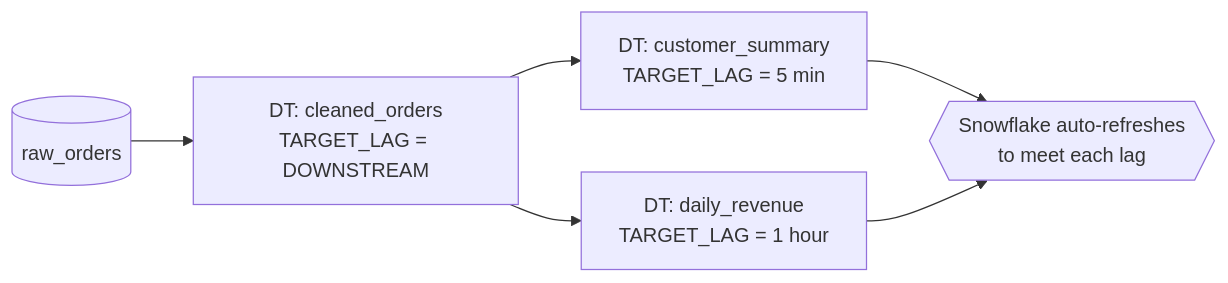
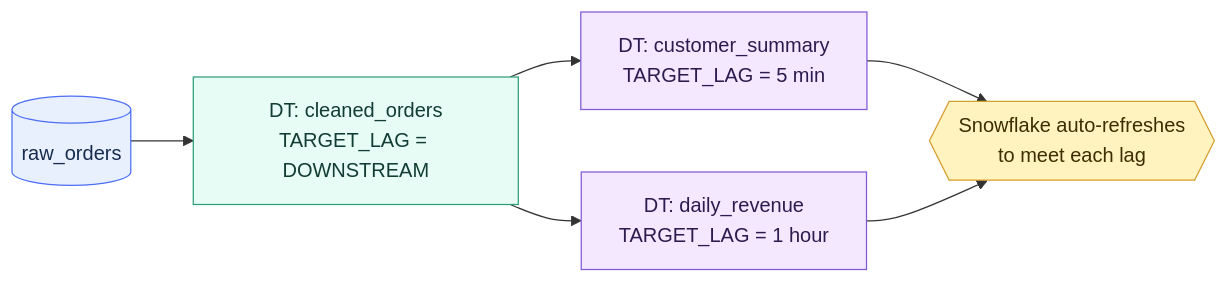
Before and after one commit to shonningsoy/Upskill: the diagram in 01 Snowflake/04 Data Engineering/21 Dynamic Tables.md, drawn with Mermaid. The commit also changed other lines of this file and 14 other files, not shown here.

````diff
--- a/01 Snowflake/04 Data Engineering/21 Dynamic Tables.md
+++ b/01 Snowflake/04 Data Engineering/21 Dynamic Tables.md
@@ -62,8 +65,18 @@
 ```mermaid
 flowchart LR
     RAW[(raw_orders)] --> DT1[DT: cleaned_orders<br/>TARGET_LAG = DOWNSTREAM]
     DT1 --> DT2[DT: customer_summary<br/>TARGET_LAG = 5 min]
     DT1 --> DT3[DT: daily_revenue<br/>TARGET_LAG = 1 hour]
     DT2 --> C{{Snowflake auto-refreshes<br/>to meet each lag}}
     DT3 --> C
+
+    classDef input fill:#E8F0FE,stroke:#4C6EF5,color:#172B4D
+    classDef control fill:#FFF3BF,stroke:#D69E2E,color:#3D2E00
+    classDef snowflake fill:#E6FCF5,stroke:#2F9E7B,color:#123C34
+    classDef platform fill:#F1F3F5,stroke:#868E96,color:#212529
+    classDef output fill:#F3E8FF,stroke:#805AD5,color:#2D1B4E
+    class RAW input
+    class DT1 snowflake
+    class C control
+    class DT2,DT3 output
 ```
````
